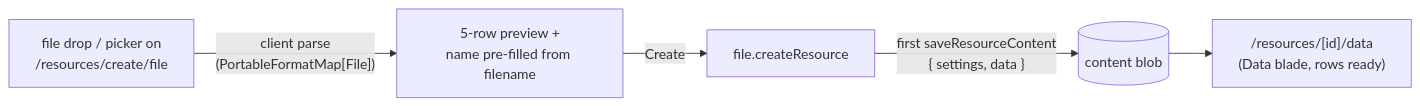
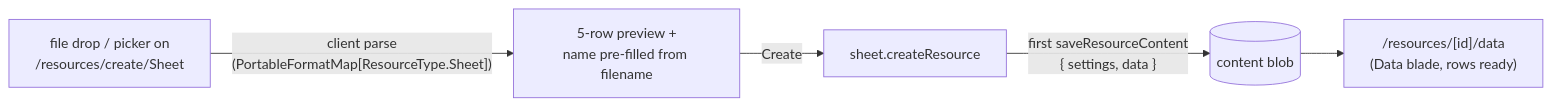
Before and after one commit to Esposter/Esposter: the diagram in packages/app/content/docs/proposals/platform/create-from-file.md, drawn with Mermaid. The commit also changed other lines of this file and 160 other files, not shown here.

````diff
--- a/packages/app/content/docs/proposals/platform/create-from-file.md
+++ b/packages/app/content/docs/proposals/platform/create-from-file.md
@@ -16,7 +16,7 @@
 ```mermaid
 flowchart LR
-  DROP["file drop / picker on<br/>/resources/create/file"] -->|"client parse<br/>(PortableFormatMap[File])"| PREV["5-row preview +<br/>name pre-filled from filename"]
-  PREV -->|Create| CR["file.createResource"]
+  DROP["file drop / picker on<br/>/resources/create/Sheet"] -->|"client parse<br/>(PortableFormatMap[ResourceType.Sheet])"| PREV["5-row preview +<br/>name pre-filled from filename"]
+  PREV -->|Create| CR["sheet.createResource"]
   CR -->|"first saveResourceContent<br/>{ settings, data }"| BLOB[("content blob")]
   BLOB --> RES["/resources/[id]/data<br/>(Data blade, rows ready)"]
 ```
````
